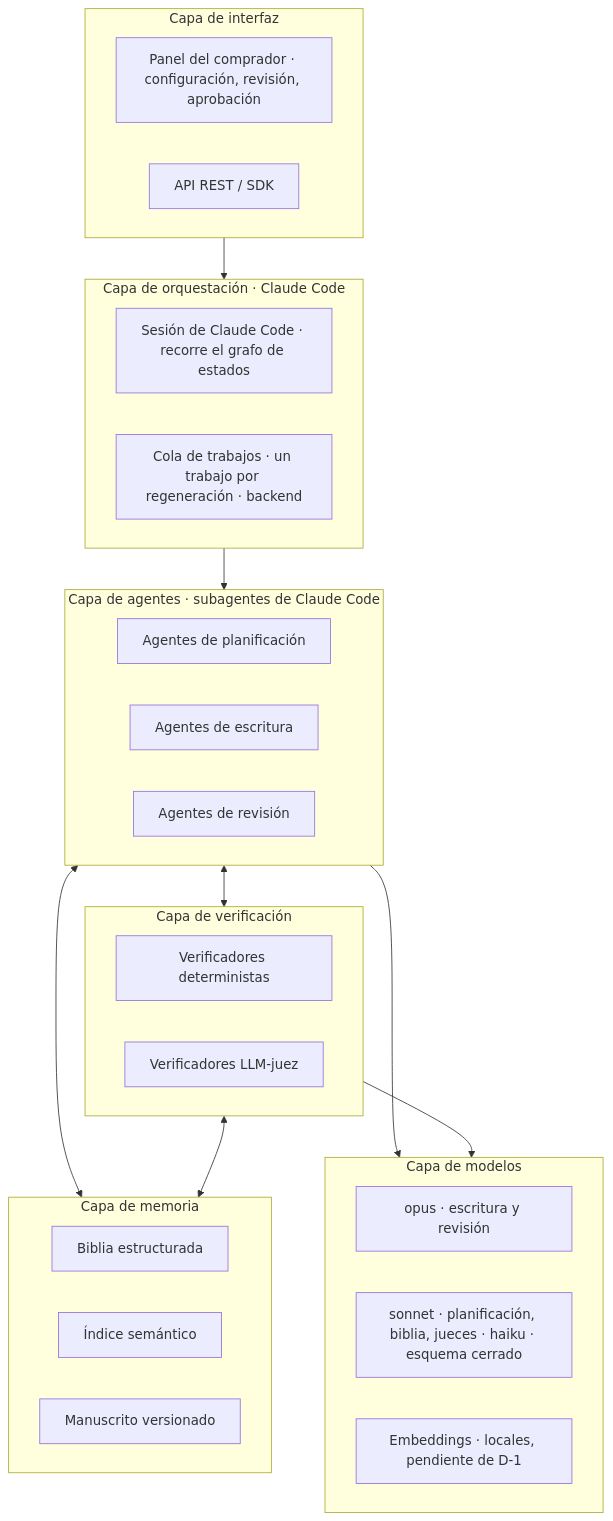
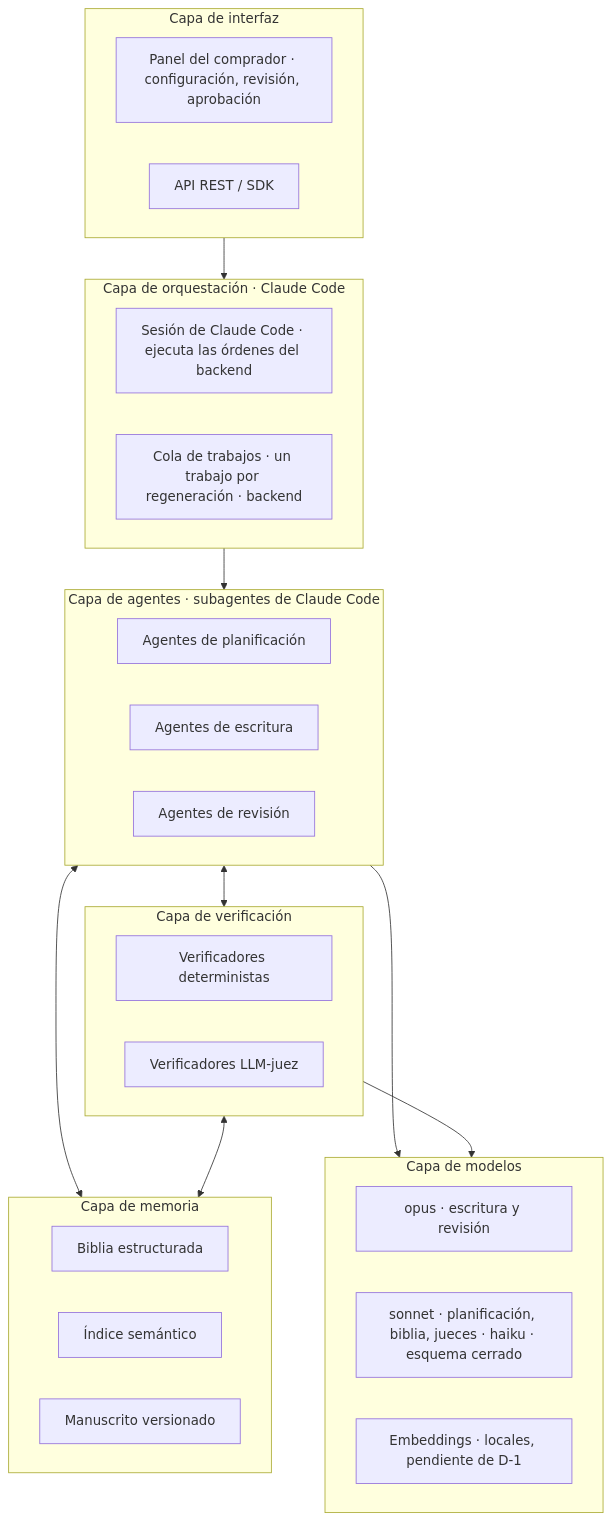
The first of 10 diagrams in docs/architecture.md (Asieribarz/my-story-marker), drawn with Mermaid before and after one commit. The commit also changed other lines of this file and 5 other files, not shown here.

````diff
--- a/docs/architecture.md
+++ b/docs/architecture.md
@@ -9,36 +9,36 @@
 ```mermaid
 flowchart TB
   subgraph UI["Capa de interfaz"]
     U1["Panel del comprador · configuración, revisión, aprobación"]
     U2["API REST / SDK"]
   end
   subgraph ORQ["Capa de orquestación · Claude Code"]
-    O1["Sesión de Claude Code · recorre el grafo de estados"]
+    O1["Sesión de Claude Code · ejecuta las órdenes del backend"]
     O2["Cola de trabajos · un trabajo por regeneración · backend"]
   end
   subgraph AG["Capa de agentes · subagentes de Claude Code"]
     A1["Agentes de planificación"]
     A2["Agentes de escritura"]
     A3["Agentes de revisión"]
   end
   subgraph VER["Capa de verificación"]
     V1["Verificadores deterministas"]
     V2["Verificadores LLM-juez"]
   end
   subgraph MEM["Capa de memoria"]
     M1["Biblia estructurada"]
     M2["Índice semántico"]
     M3["Manuscrito versionado"]
   end
   subgraph LLM["Capa de modelos"]
     L1["opus · escritura y revisión"]
     L2["sonnet · planificación, biblia, jueces · haiku · esquema cerrado"]
     L3["Embeddings · locales, pendiente de D-1"]
   end
   UI --> ORQ --> AG
   AG <--> VER
   AG <--> MEM
   VER <--> MEM
   AG --> LLM
   VER --> LLM
 ```
````
